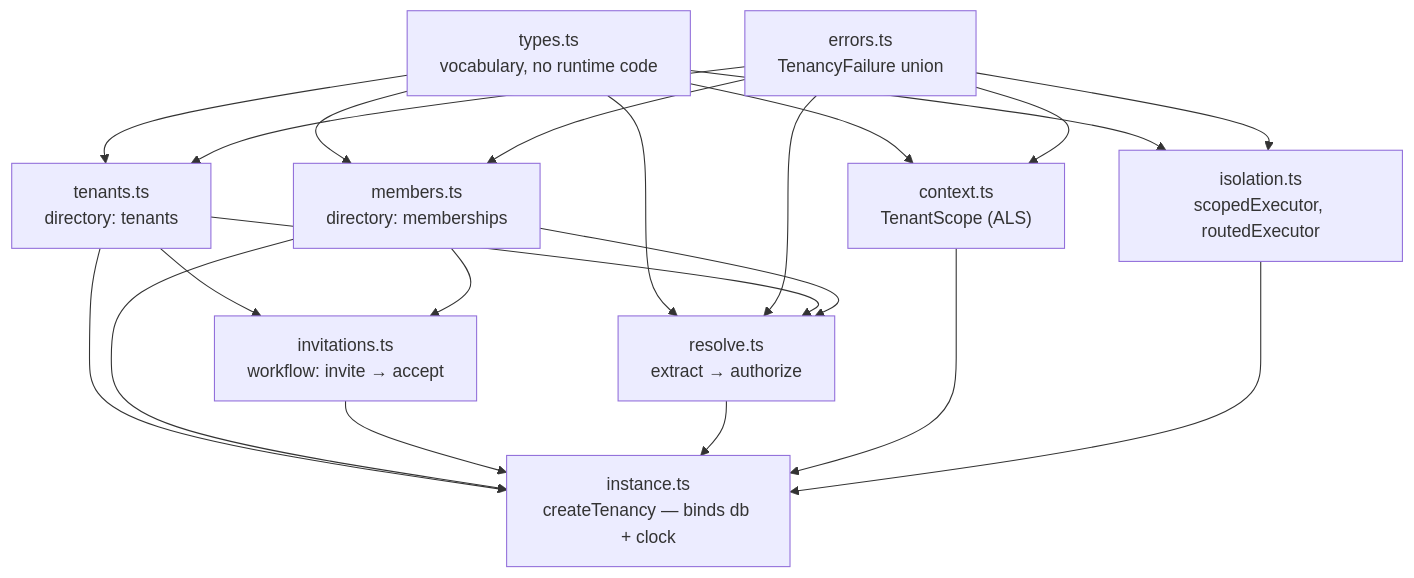
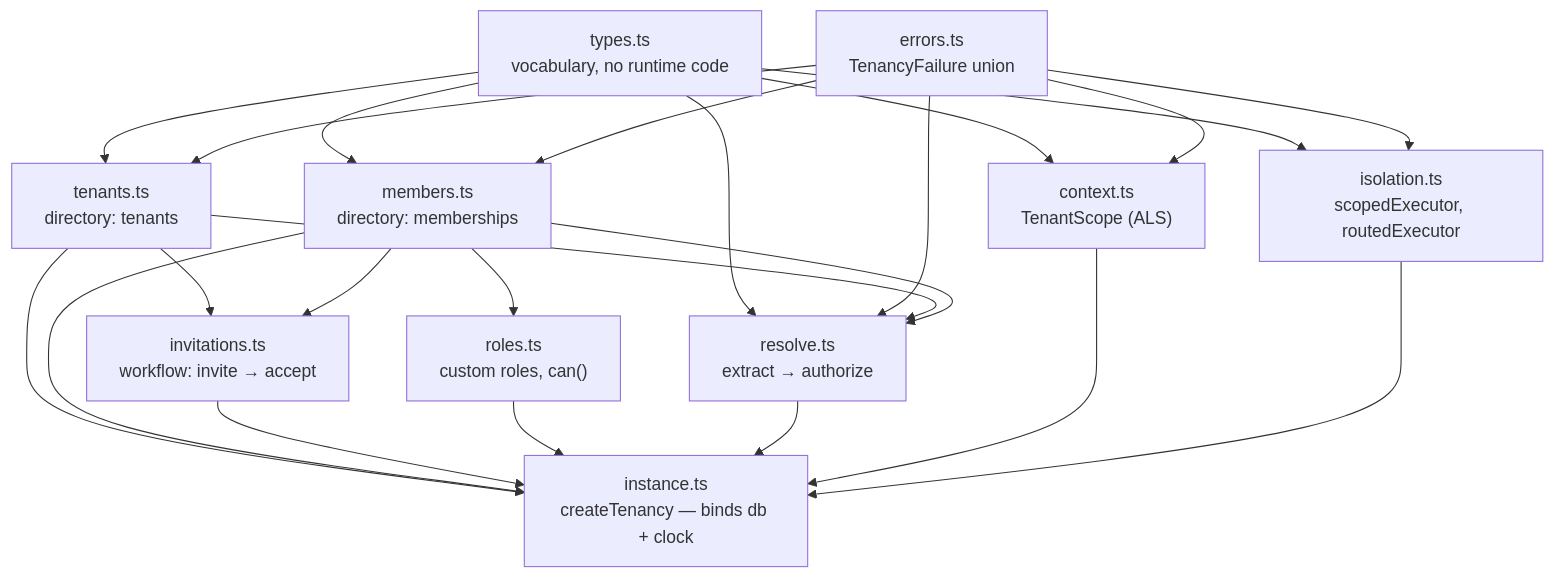
One commit to QuxKit/tenant-kit changed the diagram in docs/ARCHITECTURE.md. Above: the diagram before and after it, drawn with Mermaid. The commit also changed other lines of this file and 15 other files, not shown here.

First line of the commit message:
feat: custom roles and permissions beside the built-in three

````diff
--- a/docs/ARCHITECTURE.md
+++ b/docs/ARCHITECTURE.md
@@ -9,19 +9,21 @@
 ```mermaid
 flowchart TD
     types["types.ts<br/>vocabulary, no runtime code"]
     errors["errors.ts<br/>TenancyFailure union"]
     tenants["tenants.ts<br/>directory: tenants"]
     members["members.ts<br/>directory: memberships"]
     invitations["invitations.ts<br/>workflow: invite → accept"]
+    roles["roles.ts<br/>custom roles, can()"]
     resolve["resolve.ts<br/>extract → authorize"]
     context["context.ts<br/>TenantScope (ALS)"]
     isolation["isolation.ts<br/>scopedExecutor, routedExecutor"]
     instance["instance.ts<br/>createTenancy — binds db + clock"]
 
     types --> tenants & members & resolve & context & isolation
     errors --> tenants & members & resolve & context & isolation
     tenants --> resolve
     members --> resolve
     tenants & members --> invitations
-    tenants & members & invitations & resolve & context & isolation --> instance
+    members --> roles
+    tenants & members & invitations & roles & resolve & context & isolation --> instance
 ```
````
